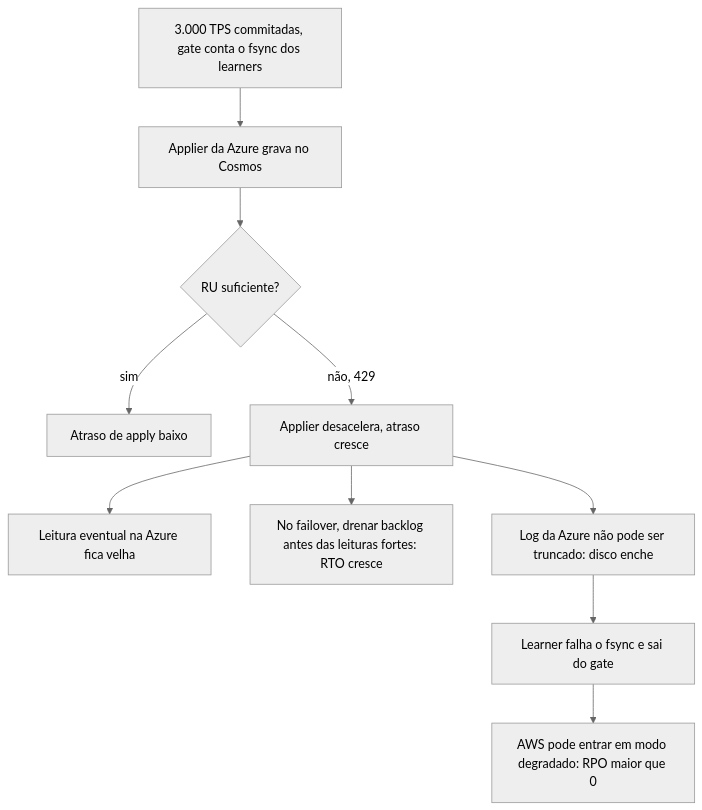
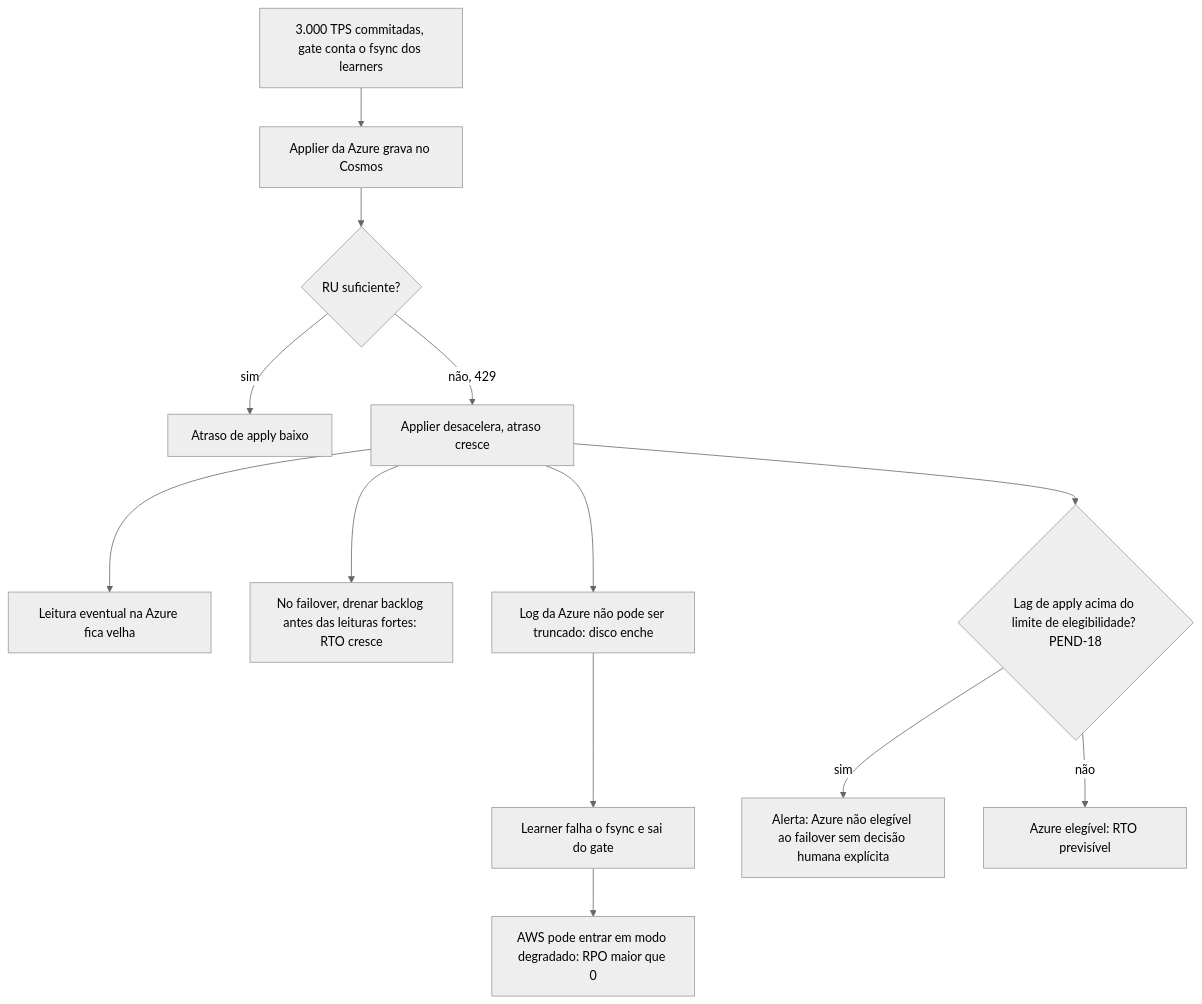
One commit to brbarmex/k changed the diagram in 02_cenarios/a_rever/R03-backlog-de-apply-no-cosmos.md. Above: the diagram before and after it, drawn with Mermaid (neutral theme). The commit also changed other lines of this file and 139 other files, not shown here.

````diff
--- a/02_cenarios/a_rever/R03-backlog-de-apply-no-cosmos.md
+++ b/02_cenarios/a_rever/R03-backlog-de-apply-no-cosmos.md
@@ -13,12 +13,15 @@
 ```mermaid
 flowchart TD
     A["3.000 TPS commitadas, gate conta o fsync dos learners"] --> B["Applier da Azure grava no Cosmos"]
     B --> C{"RU suficiente?"}
     C -->|"sim"| D["Atraso de apply baixo"]
     C -->|"não, 429"| E["Applier desacelera, atraso cresce"]
     E --> F["Leitura eventual na Azure fica velha"]
     E --> G["No failover, drenar backlog antes das leituras fortes: RTO cresce"]
     E --> H["Log da Azure não pode ser truncado: disco enche"]
     H --> I["Learner falha o fsync e sai do gate"]
     I --> J["AWS pode entrar em modo degradado: RPO maior que 0"]
+    E --> K{"Lag de apply acima do limite de elegibilidade? PEND-18"}
+    K -->|"sim"| L["Alerta: Azure não elegível ao failover sem decisão humana explícita"]
+    K -->|"não"| M["Azure elegível: RTO previsível"]
 ```
````
